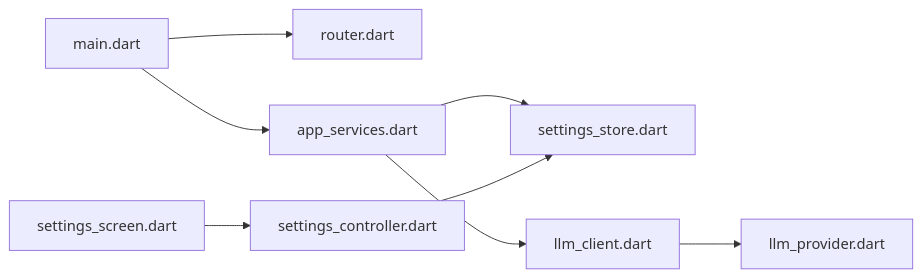
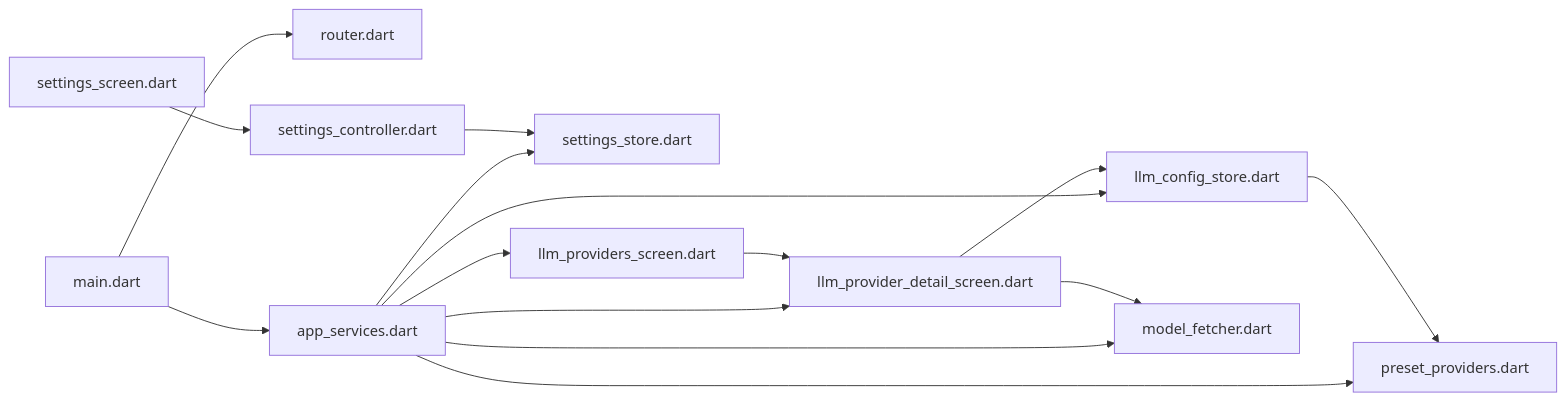
Before and after one commit to Ykworm/thktree: the fifth of 5 diagrams in .qoder/repowiki/zh/content/核心功能模块/设置管理系统.md, drawn with Mermaid. The commit also changed other lines of this file and 45 other files, not shown here.

````diff
--- a/.qoder/repowiki/zh/content/核心功能模块/设置管理系统.md
+++ b/.qoder/repowiki/zh/content/核心功能模块/设置管理系统.md
@@ -334,10 +342,17 @@
 ```mermaid
 graph LR
 MAIN["main.dart"] --> ROUTER["router.dart"]
 MAIN --> APPSERV["app_services.dart"]
-APPSERV --> SETSTORE["settings_store.dart"]
-APPSERV --> LLMCLIENT["llm_client.dart"]
+APPSERV --> LEGACYSTORE["settings_store.dart"]
+APPSERV --> CONFIGSTORE["llm_config_store.dart"]
+APPSERV --> PRESET["preset_providers.dart"]
+APPSERV --> MODELFETCH["model_fetcher.dart"]
+APPSERV --> LLMLIST["llm_providers_screen.dart"]
+APPSERV --> LLMDetail["llm_provider_detail_screen.dart"]
 SETUI["settings_screen.dart"] --> SETCTRL["settings_controller.dart"]
-SETCTRL --> SETSTORE
-LLMCLIENT --> LLMPROV["llm_provider.dart"]
+SETCTRL --> LEGACYSTORE
+LLMLIST --> LLMDetail
+LLMDetail --> CONFIGSTORE
+LLMDetail --> MODELFETCH
+CONFIGSTORE --> PRESET
 ```
````
